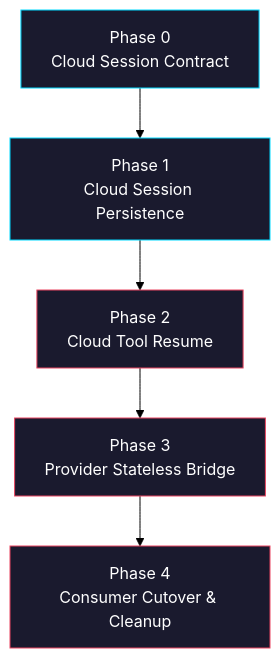
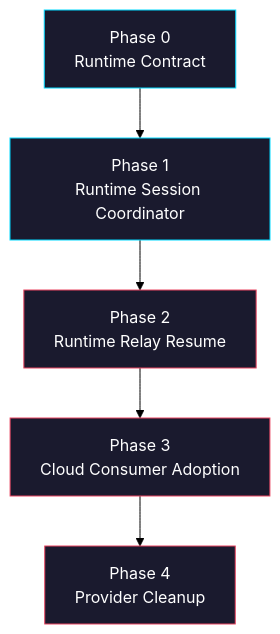
The second of 2 diagrams in tasks/cloud-owned-chat-state/AGENTS.md (giselles-ai/agent-container), drawn with Mermaid (forest theme) before and after one commit. The commit also changed other lines of this file and 10 other files, not shown here.

````diff
--- a/tasks/cloud-owned-chat-state/AGENTS.md
+++ b/tasks/cloud-owned-chat-state/AGENTS.md
@@ -100,19 +115,19 @@
 ```mermaid
 flowchart TD
-    P0["Phase 0<br/>Cloud Session Contract"]
-    P1["Phase 1<br/>Cloud Session Persistence"]
-    P2["Phase 2<br/>Cloud Tool Resume"]
-    P3["Phase 3<br/>Provider Stateless Bridge"]
-    P4["Phase 4<br/>Consumer Cutover & Cleanup"]
+    P0["Phase 0<br/>Runtime Contract"]
+    P1["Phase 1<br/>Runtime Session Coordinator"]
+    P2["Phase 2<br/>Runtime Relay Resume"]
+    P3["Phase 3<br/>Cloud Consumer Adoption"]
+    P4["Phase 4<br/>Provider Cleanup"]
 
     P0 --> P1
     P1 --> P2
     P2 --> P3
     P3 --> P4
 
     style P0 fill:#1a1a2e,stroke:#00d9ff,color:#ffffff
     style P1 fill:#1a1a2e,stroke:#00d9ff,color:#ffffff
     style P2 fill:#1a1a2e,stroke:#e94560,color:#ffffff
     style P3 fill:#1a1a2e,stroke:#e94560,color:#ffffff
     style P4 fill:#1a1a2e,stroke:#e94560,color:#ffffff
 ```
````
